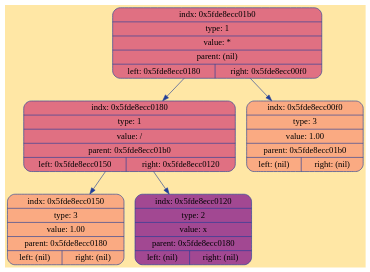
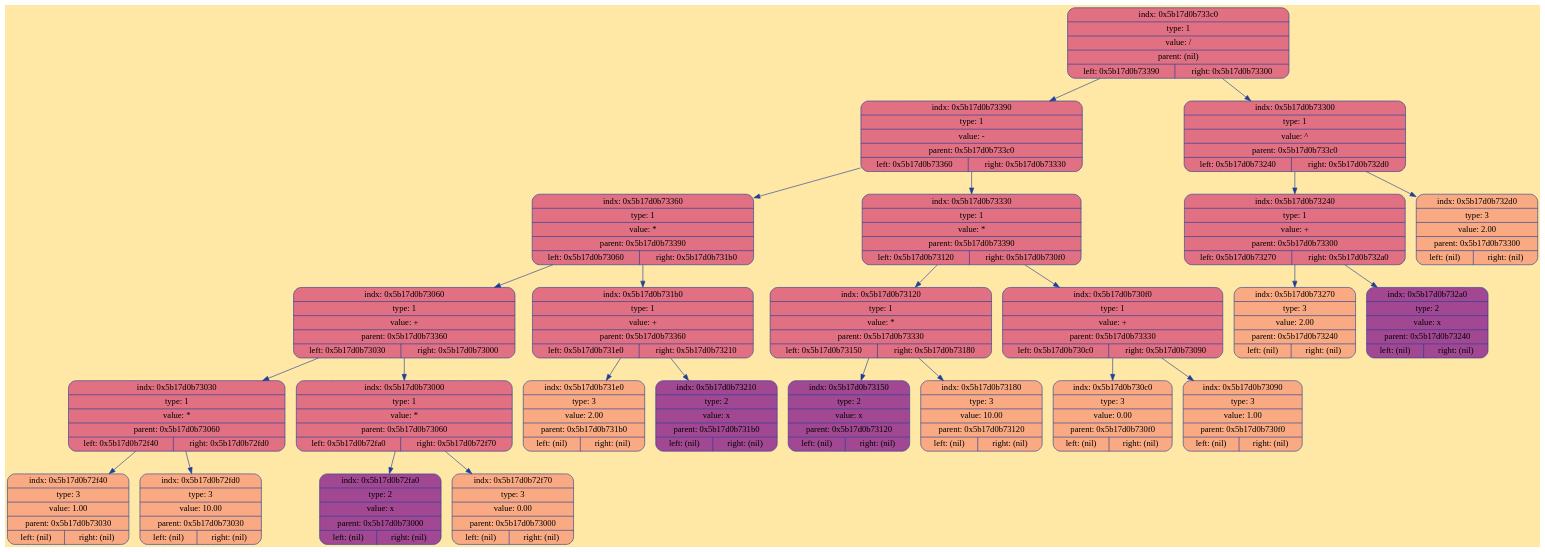
One commit to ksshkh/differentiator changed the diagram in debug/tree.dot. Above: the diagram before and after it, drawn with Graphviz. The commit also changed 7 other files, not shown here.

```diff
--- a/debug/tree.dot
+++ b/debug/tree.dot
@@ -1,15 +1,55 @@
 digraph Tree {
 	rankdir = TB;
 	node [shape = record];
 	edge [color = "#203D98"];
 	bgcolor = "#FFE7A5";
-	node0x5fde8ecc01b0 [color = "#203D98", shape = Mrecord, style = filled, fillcolor = "#E07082", label = "{indx: 0x5fde8ecc01b0 | type: 1 | value: * | parent: (nil) | { left: 0x5fde8ecc0180 | right: 0x5fde8ecc00f0}}"];
-		node0x5fde8ecc01b0 -> node0x5fde8ecc0180
-	node0x5fde8ecc0180 [color = "#203D98", shape = Mrecord, style = filled, fillcolor = "#E07082", label = "{indx: 0x5fde8ecc0180 | type: 1 | value: / | parent: 0x5fde8ecc01b0 | { left: 0x5fde8ecc0150 | right: 0x5fde8ecc0120}}"];
-		node0x5fde8ecc0180 -> node0x5fde8ecc0150
-	node0x5fde8ecc0150 [color = "#203D98", shape = Mrecord, style = filled, fillcolor = "#FAAA82", label = "{indx: 0x5fde8ecc0150 | type: 3 | value: 1.00 | parent: 0x5fde8ecc0180 | { left: (nil) | right: (nil)}}"];
-		node0x5fde8ecc0180 -> node0x5fde8ecc0120
-	node0x5fde8ecc0120 [color = "#203D98", shape = Mrecord, style = filled, fillcolor = "#A24892", label = "{indx: 0x5fde8ecc0120 | type: 2 | value: x | parent: 0x5fde8ecc0180 | { left: (nil) | right: (nil)}}"];
-		node0x5fde8ecc01b0 -> node0x5fde8ecc00f0
-	node0x5fde8ecc00f0 [color = "#203D98", shape = Mrecord, style = filled, fillcolor = "#FAAA82", label = "{indx: 0x5fde8ecc00f0 | type: 3 | value: 1.00 | parent: 0x5fde8ecc01b0 | { left: (nil) | right: (nil)}}"];
+	node0x5b17d0b733c0 [color = "#203D98", shape = Mrecord, style = filled, fillcolor = "#E07082", label = "{indx: 0x5b17d0b733c0 | type: 1 | value: / | parent: (nil) | { left: 0x5b17d0b73390 | right: 0x5b17d0b73300}}"];
+		node0x5b17d0b733c0 -> node0x5b17d0b73390
+	node0x5b17d0b73390 [color = "#203D98", shape = Mrecord, style = filled, fillcolor = "#E07082", label = "{indx: 0x5b17d0b73390 | type: 1 | value: - | parent: 0x5b17d0b733c0 | { left: 0x5b17d0b73360 | right: 0x5b17d0b73330}}"];
+		node0x5b17d0b73390 -> node0x5b17d0b73360
+	node0x5b17d0b73360 [color = "#203D98", shape = Mrecord, style = filled, fillcolor = "#E07082", label = "{indx: 0x5b17d0b73360 | type: 1 | value: * | parent: 0x5b17d0b73390 | { left: 0x5b17d0b73060 | right: 0x5b17d0b731b0}}"];
+		node0x5b17d0b73360 -> node0x5b17d0b73060
+	node0x5b17d0b73060 [color = "#203D98", shape = Mrecord, style = filled, fillcolor = "#E07082", label = "{indx: 0x5b17d0b73060 | type: 1 | value: + | parent: 0x5b17d0b73360 | { left: 0x5b17d0b73030 | right: 0x5b17d0b73000}}"];
+		node0x5b17d0b73060 -> node0x5b17d0b73030
+	node0x5b17d0b73030 [color = "#203D98", shape = Mrecord, style = filled, fillcolor = "#E07082", label = "{indx: 0x5b17d0b73030 | type: 1 | value: * | parent: 0x5b17d0b73060 | { left: 0x5b17d0b72f40 | right: 0x5b17d0b72fd0}}"];
+		node0x5b17d0b73030 -> node0x5b17d0b72f40
+	node0x5b17d0b72f40 [color = "#203D98", shape = Mrecord, style = filled, fillcolor = "#FAAA82", label = "{indx: 0x5b17d0b72f40 | type: 3 | value: 1.00 | parent: 0x5b17d0b73030 | { left: (nil) | right: (nil)}}"];
+		node0x5b17d0b73030 -> node0x5b17d0b72fd0
+	node0x5b17d0b72fd0 [color = "#203D98", shape = Mrecord, style = filled, fillcolor = "#FAAA82", label = "{indx: 0x5b17d0b72fd0 | type: 3 | value: 10.00 | parent: 0x5b17d0b73030 | { left: (nil) | right: (nil)}}"];
+		node0x5b17d0b73060 -> node0x5b17d0b73000
+	node0x5b17d0b73000 [color = "#203D98", shape = Mrecord, style = filled, fillcolor = "#E07082", label = "{indx: 0x5b17d0b73000 | type: 1 | value: * | parent: 0x5b17d0b73060 | { left: 0x5b17d0b72fa0 | right: 0x5b17d0b72f70}}"];
+		node0x5b17d0b73000 -> node0x5b17d0b72fa0
+	node0x5b17d0b72fa0 [color = "#203D98", shape = Mrecord, style = filled, fillcolor = "#A24892", label = "{indx: 0x5b17d0b72fa0 | type: 2 | value: x | parent: 0x5b17d0b73000 | { left: (nil) | right: (nil)}}"];
+		node0x5b17d0b73000 -> node0x5b17d0b72f70
+	node0x5b17d0b72f70 [color = "#203D98", shape = Mrecord, style = filled, fillcolor = "#FAAA82", label = "{indx: 0x5b17d0b72f70 | type: 3 | value: 0.00 | parent: 0x5b17d0b73000 | { left: (nil) | right: (nil)}}"];
+		node0x5b17d0b73360 -> node0x5b17d0b731b0
+	node0x5b17d0b731b0 [color = "#203D98", shape = Mrecord, style = filled, fillcolor = "#E07082", label = "{indx: 0x5b17d0b731b0 | type: 1 | value: + | parent: 0x5b17d0b73360 | { left: 0x5b17d0b731e0 | right: 0x5b17d0b73210}}"];
+		node0x5b17d0b731b0 -> node0x5b17d0b731e0
+	node0x5b17d0b731e0 [color = "#203D98", shape = Mrecord, style = filled, fillcolor = "#FAAA82", label = "{indx: 0x5b17d0b731e0 | type: 3 | value: 2.00 | parent: 0x5b17d0b731b0 | { left: (nil) | right: (nil)}}"];
+		node0x5b17d0b731b0 -> node0x5b17d0b73210
+	node0x5b17d0b73210 [color = "#203D98", shape = Mrecord, style = filled, fillcolor = "#A24892", label = "{indx: 0x5b17d0b73210 | type: 2 | value: x | parent: 0x5b17d0b731b0 | { left: (nil) | right: (nil)}}"];
+		node0x5b17d0b73390 -> node0x5b17d0b73330
+	node0x5b17d0b73330 [color = "#203D98", shape = Mrecord, style = filled, fillcolor = "#E07082", label = "{indx: 0x5b17d0b73330 | type: 1 | value: * | parent: 0x5b17d0b73390 | { left: 0x5b17d0b73120 | right: 0x5b17d0b730f0}}"];
+		node0x5b17d0b73330 -> node0x5b17d0b73120
+	node0x5b17d0b73120 [color = "#203D98", shape = Mrecord, style = filled, fillcolor = "#E07082", label = "{indx: 0x5b17d0b73120 | type: 1 | value: * | parent: 0x5b17d0b73330 | { left: 0x5b17d0b73150 | right: 0x5b17d0b73180}}"];
+		node0x5b17d0b73120 -> node0x5b17d0b73150
+	node0x5b17d0b73150 [color = "#203D98", shape = Mrecord, style = filled, fillcolor = "#A24892", label = "{indx: 0x5b17d0b73150 | type: 2 | value: x | parent: 0x5b17d0b73120 | { left: (nil) | right: (nil)}}"];
+		node0x5b17d0b73120 -> node0x5b17d0b73180
+	node0x5b17d0b73180 [color = "#203D98", shape = Mrecord, style = filled, fillcolor = "#FAAA82", label = "{indx: 0x5b17d0b73180 | type: 3 | value: 10.00 | parent: 0x5b17d0b73120 | { left: (nil) | right: (nil)}}"];
+		node0x5b17d0b73330 -> node0x5b17d0b730f0
+	node0x5b17d0b730f0 [color = "#203D98", shape = Mrecord, style = filled, fillcolor = "#E07082", label = "{indx: 0x5b17d0b730f0 | type: 1 | value: + | parent: 0x5b17d0b73330 | { left: 0x5b17d0b730c0 | right: 0x5b17d0b73090}}"];
+		node0x5b17d0b730f0 -> node0x5b17d0b730c0
+	node0x5b17d0b730c0 [color = "#203D98", shape = Mrecord, style = filled, fillcolor = "#FAAA82", label = "{indx: 0x5b17d0b730c0 | type: 3 | value: 0.00 | parent: 0x5b17d0b730f0 | { left: (nil) | right: (nil)}}"];
+		node0x5b17d0b730f0 -> node0x5b17d0b73090
+	node0x5b17d0b73090 [color = "#203D98", shape = Mrecord, style = filled, fillcolor = "#FAAA82", label = "{indx: 0x5b17d0b73090 | type: 3 | value: 1.00 | parent: 0x5b17d0b730f0 | { left: (nil) | right: (nil)}}"];
+		node0x5b17d0b733c0 -> node0x5b17d0b73300
+	node0x5b17d0b73300 [color = "#203D98", shape = Mrecord, style = filled, fillcolor = "#E07082", label = "{indx: 0x5b17d0b73300 | type: 1 | value: ^ | parent: 0x5b17d0b733c0 | { left: 0x5b17d0b73240 | right: 0x5b17d0b732d0}}"];
+		node0x5b17d0b73300 -> node0x5b17d0b73240
+	node0x5b17d0b73240 [color = "#203D98", shape = Mrecord, style = filled, fillcolor = "#E07082", label = "{indx: 0x5b17d0b73240 | type: 1 | value: + | parent: 0x5b17d0b73300 | { left: 0x5b17d0b73270 | right: 0x5b17d0b732a0}}"];
+		node0x5b17d0b73240 -> node0x5b17d0b73270
+	node0x5b17d0b73270 [color = "#203D98", shape = Mrecord, style = filled, fillcolor = "#FAAA82", label = "{indx: 0x5b17d0b73270 | type: 3 | value: 2.00 | parent: 0x5b17d0b73240 | { left: (nil) | right: (nil)}}"];
+		node0x5b17d0b73240 -> node0x5b17d0b732a0
+	node0x5b17d0b732a0 [color = "#203D98", shape = Mrecord, style = filled, fillcolor = "#A24892", label = "{indx: 0x5b17d0b732a0 | type: 2 | value: x | parent: 0x5b17d0b73240 | { left: (nil) | right: (nil)}}"];
+		node0x5b17d0b73300 -> node0x5b17d0b732d0
+	node0x5b17d0b732d0 [color = "#203D98", shape = Mrecord, style = filled, fillcolor = "#FAAA82", label = "{indx: 0x5b17d0b732d0 | type: 3 | value: 2.00 | parent: 0x5b17d0b73300 | { left: (nil) | right: (nil)}}"];
 }
```
